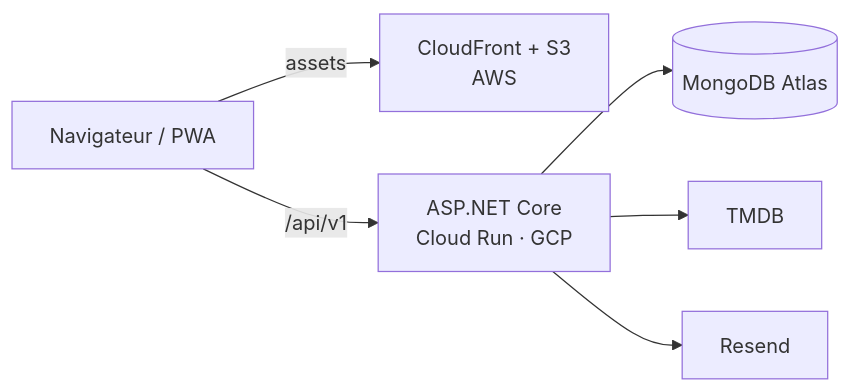
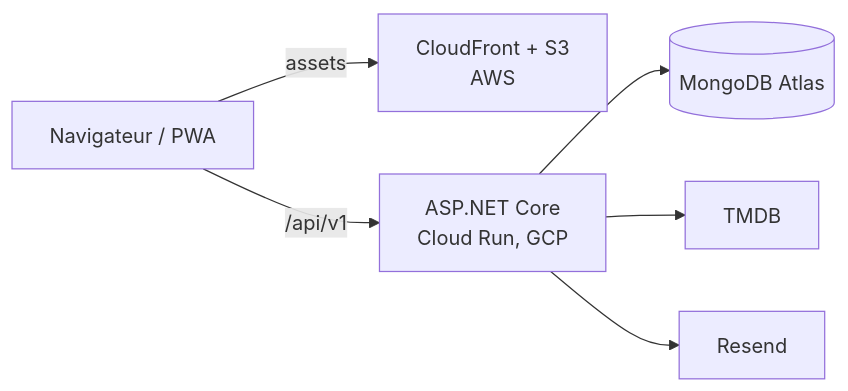
One commit to Affy657/Movie-Picker changed the diagram in docs/RNCP/bloc-3-coordination-pilotage/slides/slides.md. Above: the diagram before and after it, drawn with Mermaid. The commit also changed other lines of this file and 6 other files, not shown here.

````diff
--- a/docs/RNCP/bloc-3-coordination-pilotage/slides/slides.md
+++ b/docs/RNCP/bloc-3-coordination-pilotage/slides/slides.md
@@ -1975,9 +1953,9 @@
 ```mermaid
 flowchart LR
   U["Navigateur / PWA"]
   U -->|assets| CF["CloudFront + S3<br/>AWS"]
-  U -->|/api/v1| CR["ASP.NET Core<br/>Cloud Run · GCP"]
+  U -->|/api/v1| CR["ASP.NET Core<br/>Cloud Run, GCP"]
   CR --> M[("MongoDB Atlas")]
   CR --> TMDB["TMDB"]
   CR --> RS["Resend"]
 ```
````
